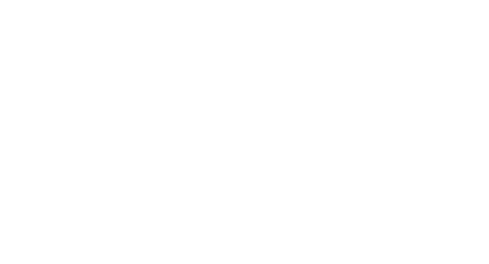
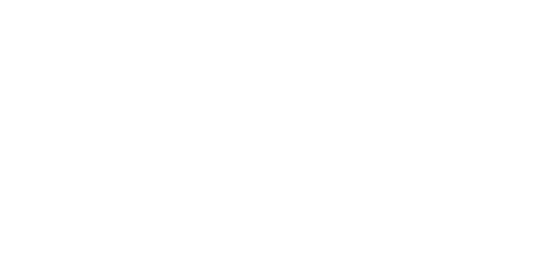
The diagram in presentations/fc17-3-4-2017/figures/beforeTurn.dot (decrypto-org/TrustIsRisk), drawn with Graphviz before and after one commit. The commit also changed 11 other files, not shown here.

```diff
--- a/presentations/fc17-3-4-2017/figures/beforeTurn.dot
+++ b/presentations/fc17-3-4-2017/figures/beforeTurn.dot
@@ -1,15 +1,15 @@
 digraph G  {
   graph [bgcolor=transparent]
   rankdir=LR;
-  B -> A [label="1฿",constraint=false,color=white,fontcolor=white,fontname="ubuntu"];
+  B -> A [label="1m฿",constraint=false,color=white,fontcolor=white,fontname="ubuntu"];
   A [fontname="ubuntu",color=white,fontcolor=white];
   B [fontname="ubuntu",color=white,fontcolor=white];
   C [fontname="ubuntu",color=white,fontcolor=white];
   D [fontname="ubuntu",color=white,fontcolor=white];
   E [fontname="ubuntu",color=white,fontcolor=white];
-  A -> D [label="6฿",fontname="ubuntu",color=white,fontcolor=white];
-  A -> C [label="5฿",fontname="ubuntu",color=white,fontcolor=white];
-  C -> B [label="3฿",fontname="ubuntu",color=white,fontcolor=white];
-  C -> E [label="10฿",fontname="ubuntu",color=white,fontcolor=white];
-  D -> B [label="2฿",fontname="ubuntu",color=white,fontcolor=white];
+  A -> D [label="6m฿",fontname="ubuntu",color=white,fontcolor=white];
+  A -> C [label="5m฿",fontname="ubuntu",color=white,fontcolor=white];
+  C -> B [label="3m฿",fontname="ubuntu",color=white,fontcolor=white];
+  C -> E [label="10m฿",fontname="ubuntu",color=white,fontcolor=white];
+  D -> B [label="2m฿",fontname="ubuntu",color=white,fontcolor=white];
 }
```
